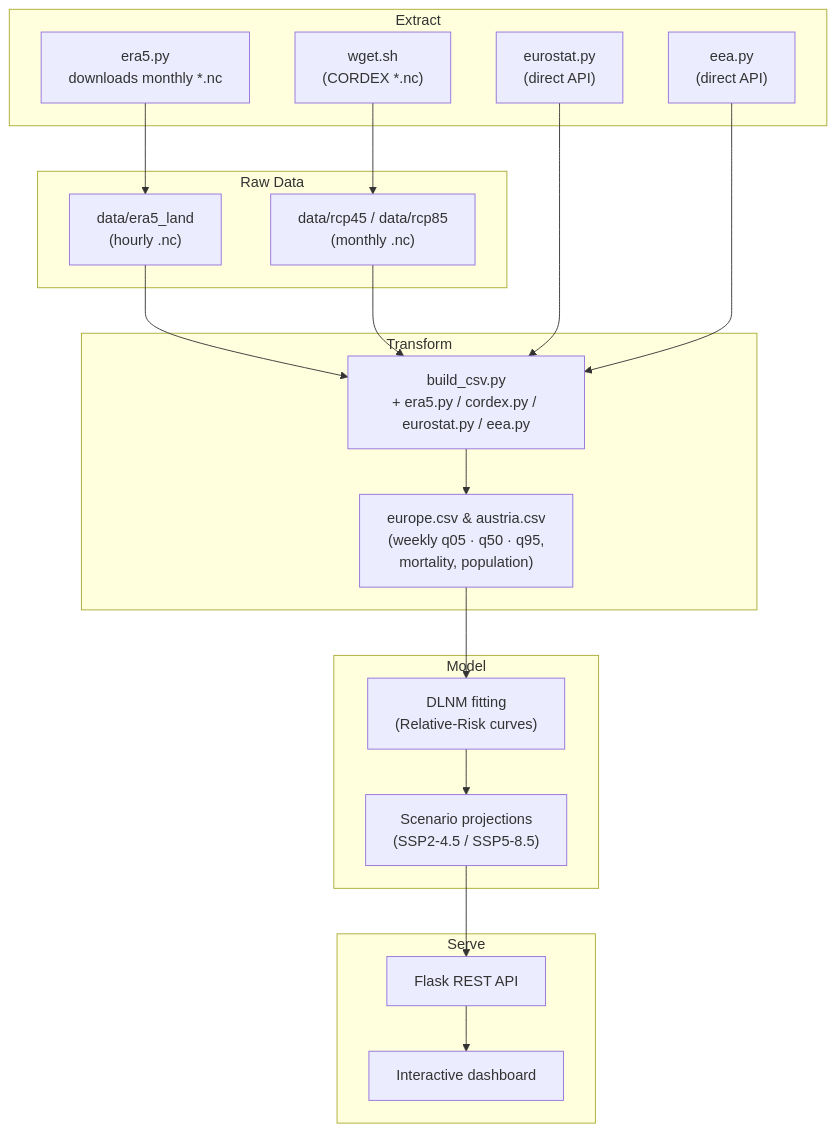
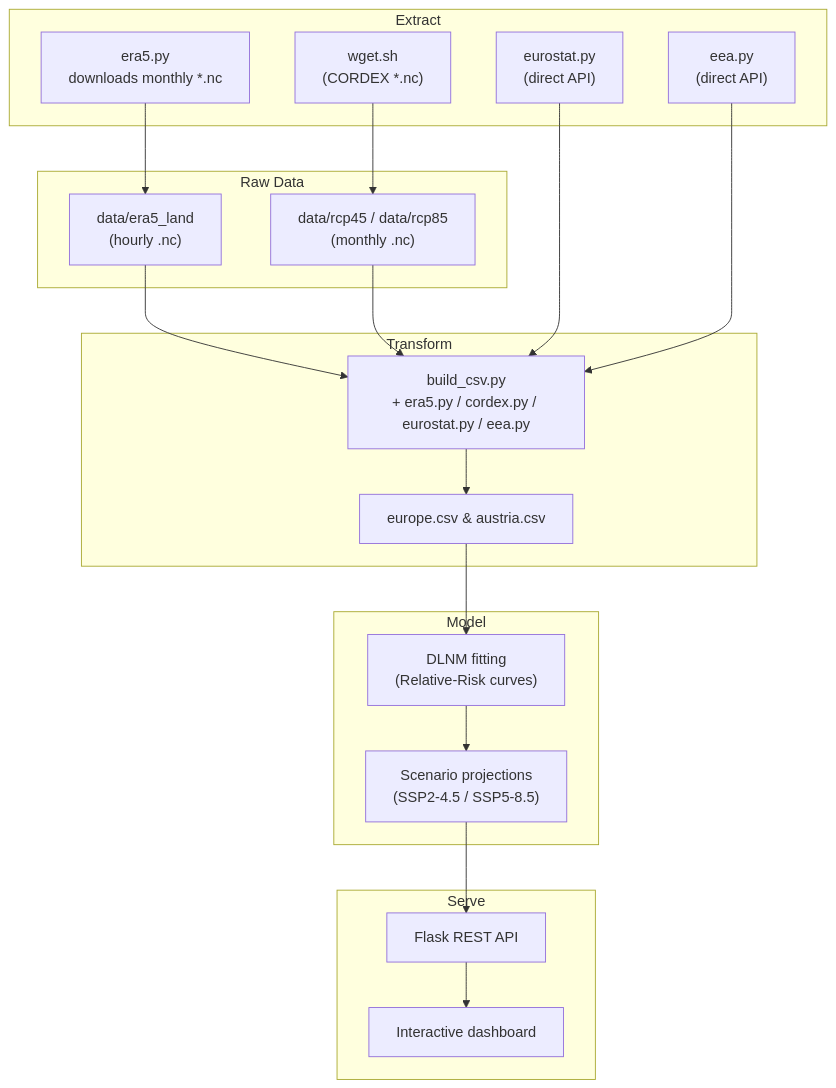
The diagram in docs/pipeline_overview.md (daniprec/Climate-Change-Effect-on-Europe), drawn with Mermaid before and after one commit. The commit also changed other lines of this file, not shown here.

````diff
--- a/docs/pipeline_overview.md
+++ b/docs/pipeline_overview.md
@@ -11,47 +9,47 @@
 ```mermaid
 flowchart TD
 
     %% 1 ▸ Extraction scripts / API calls %%
     subgraph Extract
         ERA5_DL["era5.py<br>downloads monthly *.nc"]
         CORDEX_DL["wget.sh<br>(CORDEX *.nc)"]
         EUROSTAT_API["eurostat.py<br>(direct API)"]
         EEA_API["eea.py<br>(direct API)"]
     end
 
-    %% 2 ▸ Raw storage on disk %%
+    %% 2 %%
     subgraph Raw Data
         ERA5_DIR["data/era5_land<br>(hourly .nc)"]
         CORDEX_DIR["data/rcp45  /  data/rcp85<br>(monthly .nc)"]
     end
 
     %% 3 ▸ Transformation %%
     subgraph Transform
         BUILD_CSV["build_csv.py<br>+ era5.py / cordex.py / eurostat.py / eea.py"]
-        CSV_TABLES["europe.csv & austria.csv<br>(weekly q05 · q50 · q95,<br>mortality, population)"]
+        CSV_TABLES["europe.csv & austria.csv"]
     end
 
     %% 4 ▸ Modelling %%
     subgraph Model
         DLNM["DLNM fitting<br>(Relative-Risk curves)"]
         FORECAST["Scenario projections<br>(SSP2-4.5 / SSP5-8.5)"]
     end
 
     %% 5 ▸ Serving %%
     subgraph Serve
         API["Flask REST API"]
         DASH["Interactive dashboard"]
     end
 
     %% ——— Edges ——— %%
     ERA5_DL  --> ERA5_DIR
     CORDEX_DL --> CORDEX_DIR
 
     ERA5_DIR  --> BUILD_CSV
     CORDEX_DIR --> BUILD_CSV
     EUROSTAT_API --> BUILD_CSV
     EEA_API      --> BUILD_CSV
 
     BUILD_CSV --> CSV_TABLES
     CSV_TABLES --> DLNM --> FORECAST --> API --> DASH
 ```
````
